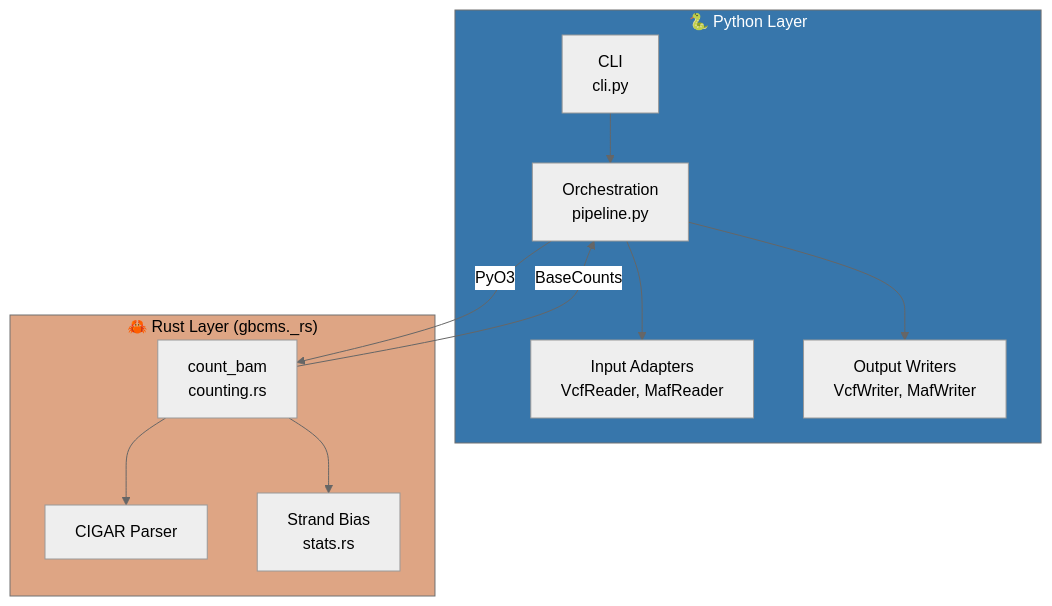
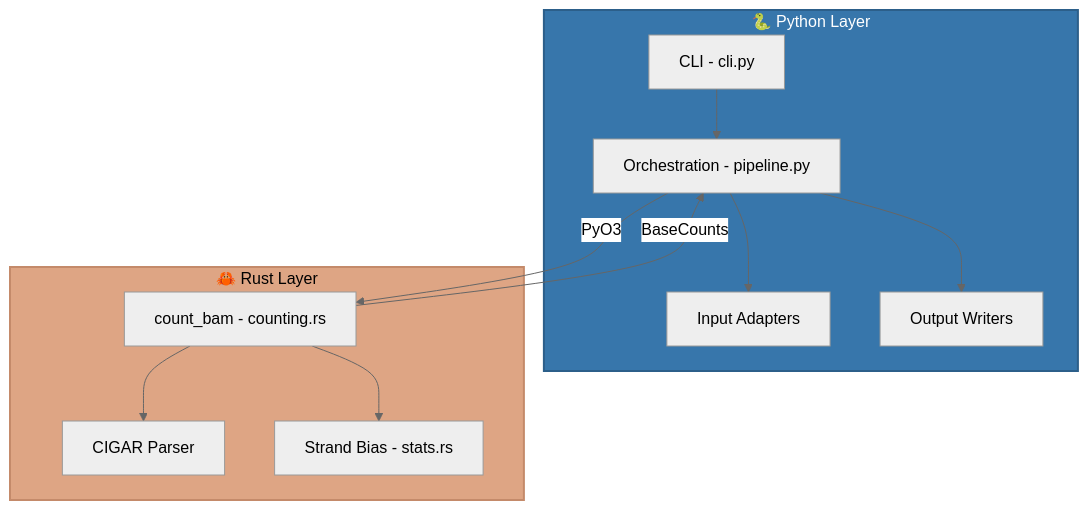
The first of 5 diagrams in docs/reference/architecture.md (msk-access/py-gbcms), drawn with Mermaid (neutral theme) before and after one commit. The commit also changed other lines of this file and 2 other files, not shown here.

````diff
--- a/docs/reference/architecture.md
+++ b/docs/reference/architecture.md
@@ -7,19 +7,21 @@
 ```mermaid
 flowchart TB
-    subgraph Python["🐍 Python Layer"]
-        CLI[CLI<br/>cli.py] --> Pipeline[Orchestration<br/>pipeline.py]
-        Pipeline --> Reader[Input Adapters<br/>VcfReader, MafReader]
-        Pipeline --> Writer[Output Writers<br/>VcfWriter, MafWriter]
+    subgraph Python [🐍 Python Layer]
+        CLI[CLI - cli.py] --> Pipeline[Orchestration - pipeline.py]
+        Pipeline --> Reader[Input Adapters]
+        Pipeline --> Writer[Output Writers]
     end
     
-    subgraph Rust["🦀 Rust Layer (gbcms._rs)"]
-        Counter[count_bam<br/>counting.rs] --> CIGAR[CIGAR Parser]
-        Counter --> Stats[Strand Bias<br/>stats.rs]
+    subgraph Rust [🦀 Rust Layer]
+        Counter[count_bam - counting.rs] --> CIGAR[CIGAR Parser]
+        Counter --> Stats[Strand Bias - stats.rs]
     end
     
-    Pipeline -->|"PyO3"| Counter
-    Counter -->|"BaseCounts"| Pipeline
+    Pipeline -->|PyO3| Counter
+    Counter -->|BaseCounts| Pipeline
     
-    style Python fill:#3776ab,color:#fff
-    style Rust fill:#dea584,color:#000
+    classDef pythonStyle fill:#3776ab,color:#fff,stroke:#2c5f8a,stroke-width:2px;
+    classDef rustStyle fill:#dea584,color:#000,stroke:#c48a6a,stroke-width:2px;
+    class Python pythonStyle;
+    class Rust rustStyle;
 ```
````
